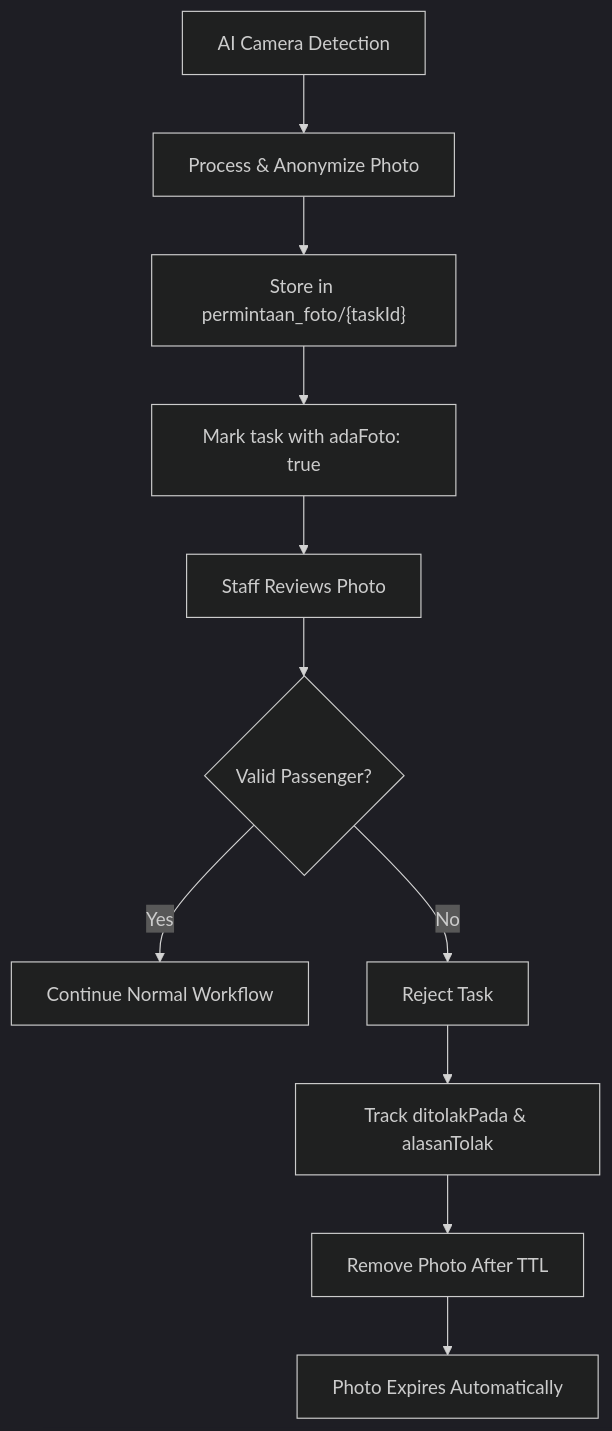
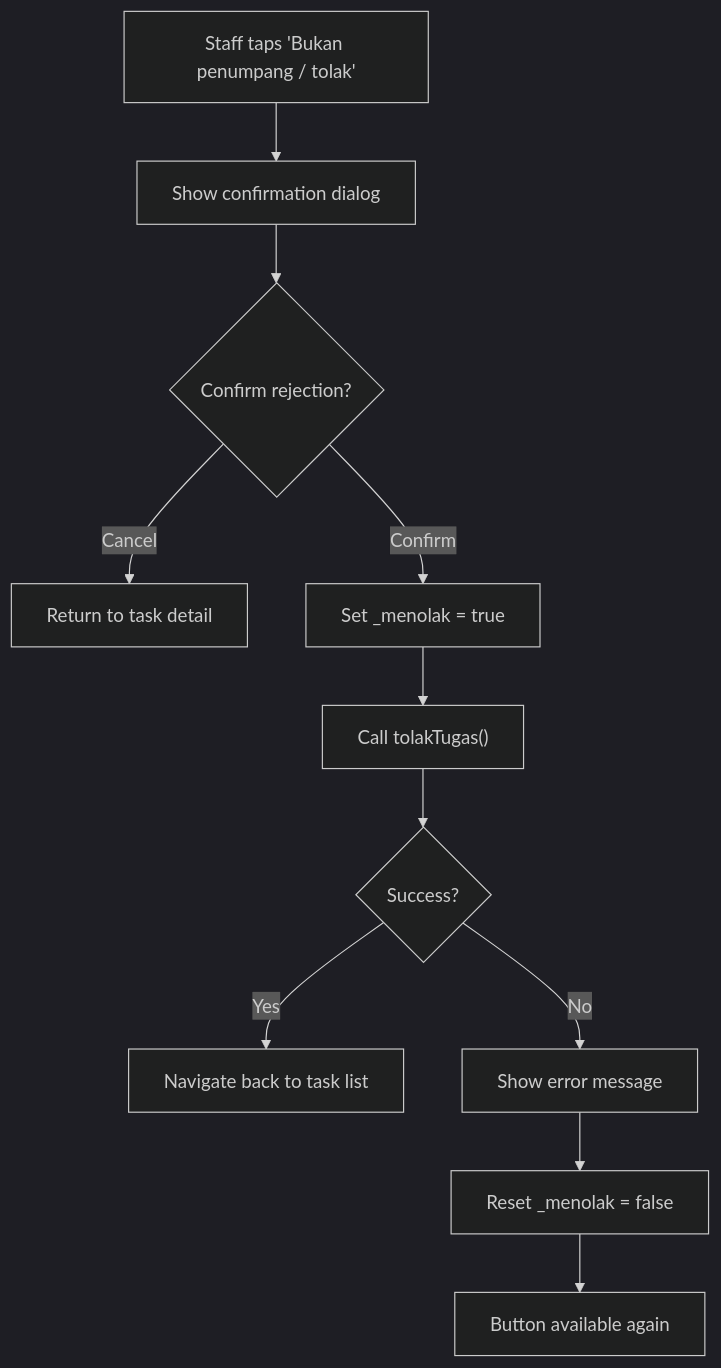
One commit to rdsarjito/whoosh-ramah changed the sixth of 8 diagrams in .qoder/repowiki/en/content/Mobile Application/Staff Workflow/Task Detail Screen.md. Above: the diagram before and after it, drawn with Mermaid (dark theme). The commit also changed other lines of this file and 18 other files, not shown here.

Commit message:
chore: refresh repowiki and detector cache after foto anonim steps

````diff
--- a/.qoder/repowiki/en/content/Mobile Application/Staff Workflow/Task Detail Screen.md
+++ b/.qoder/repowiki/en/content/Mobile Application/Staff Workflow/Task Detail Screen.md
@@ -343,13 +377,13 @@
 ```mermaid
 flowchart TD
-Camera["AI Camera Detection"] --> Process["Process & Anonymize Photo"]
-Process --> Store["Store in permintaan_foto/{taskId}"]
-Store --> MarkTask["Mark task with adaFoto: true"]
-MarkTask --> StaffReview["Staff Reviews Photo"]
-StaffReview --> Decision{"Valid Passenger?"}
-Decision --> |Yes| Continue["Continue Normal Workflow"]
-Decision --> |No| Reject["Reject Task"]
-Reject --> TrackReject["Track ditolakPada & alasanTolak"]
-TrackReject --> RemovePhoto["Remove Photo After TTL"]
-RemovePhoto --> Expire["Photo Expires Automatically"]
+TapReject["Staff taps 'Bukan penumpang / tolak'"] --> Dialog["Show confirmation dialog"]
+Dialog --> Decision{"Confirm rejection?"}
+Decision --> |Cancel| Cancel["Return to task detail"]
+Decision --> |Confirm| Process["Set _menolak = true"]
+Process --> ServiceCall["Call tolakTugas()"]
+ServiceCall --> Success{"Success?"}
+Success --> |Yes| Navigate["Navigate back to task list"]
+Success --> |No| Error["Show error message"]
+Error --> Reset["Reset _menolak = false"]
+Reset --> Available["Button available again"]
 ```
````
